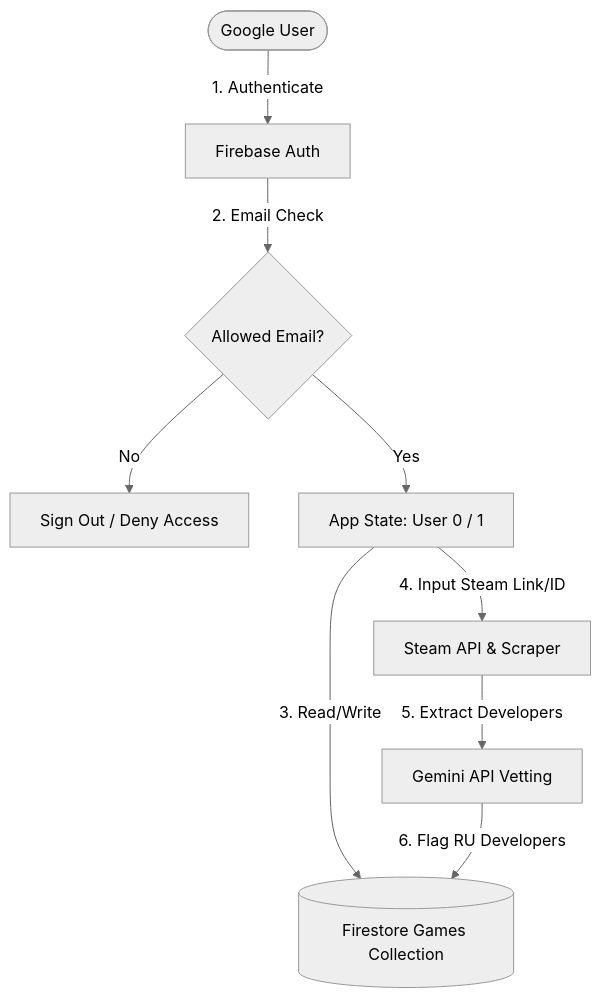
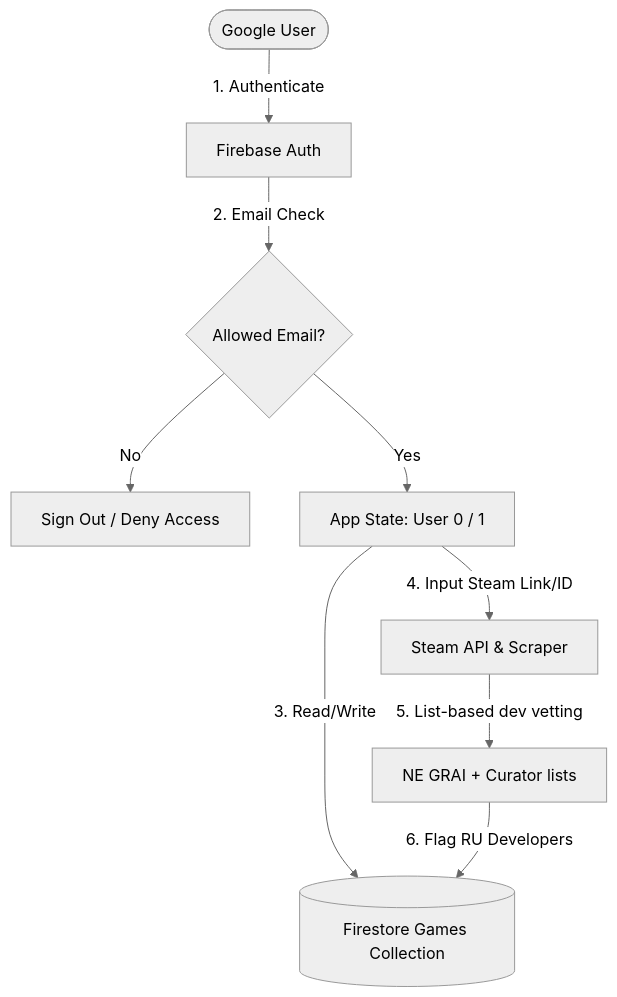
One commit to Lev0r/nen changed the diagram in docs/manifest_of_understanding.md. Above: the diagram before and after it, drawn with Mermaid (neutral theme). The commit also changed other lines of this file and 26 other files, not shown here.

First line of the commit message:
Remove Gemini vetting; add list-only RU checks and Maintenance UI.

````diff
--- a/docs/manifest_of_understanding.md
+++ b/docs/manifest_of_understanding.md
@@ -23,12 +22,12 @@
 ```mermaid
 graph TD
     User([Google User]) -->|1. Authenticate| Auth[Firebase Auth]
     Auth -->|2. Email Check| Guard{Allowed Email?}
     Guard -->|No| Reject[Sign Out / Deny Access]
     Guard -->|Yes| App[App State: User 0 / 1]
     
     App -->|3. Read/Write| DB[(Firestore Games Collection)]
     App -->|4. Input Steam Link/ID| SteamImport[Steam API & Scraper]
-    SteamImport -->|5. Extract Developers| Gemini[Gemini API Vetting]
-    Gemini -->|6. Flag RU Developers| DB
+    SteamImport -->|5. List-based dev vetting| Sources[NE GRAI + Curator lists]
+    Sources -->|6. Flag RU Developers| DB
 ```
````
